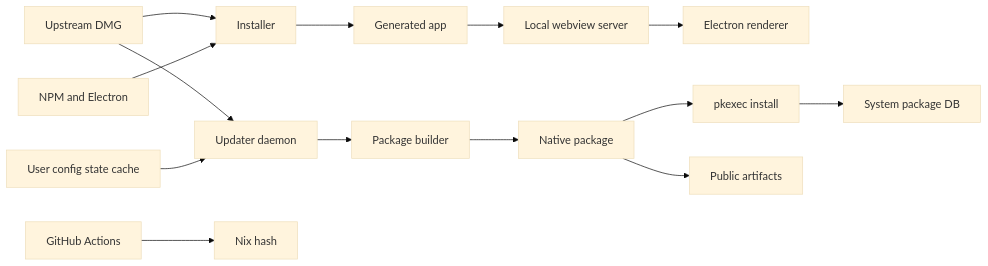
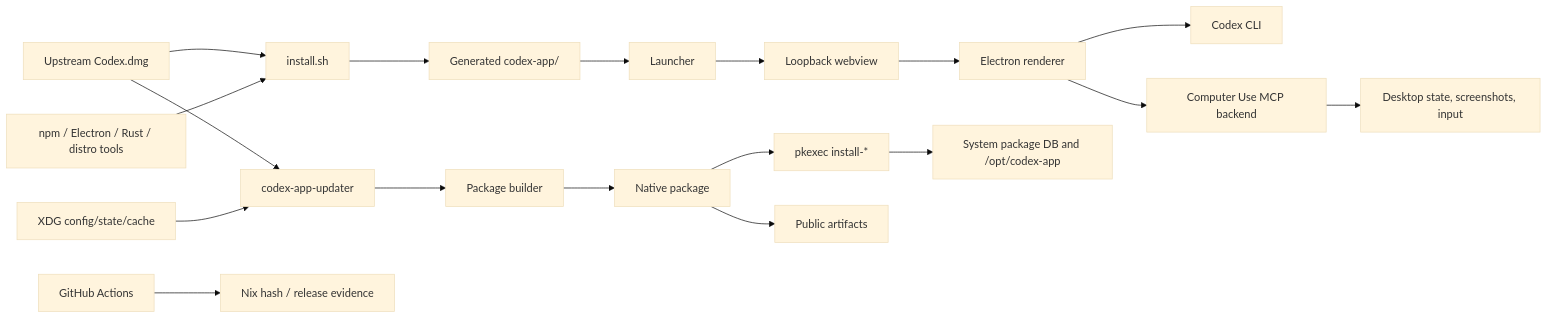
One commit to nisavid/codex-app-linux changed the diagram in docs/maintainers/threat-model.md. Above: the diagram before and after it, drawn with Mermaid (base theme). The commit also changed other lines of this file, not shown here.

````diff
--- a/docs/maintainers/threat-model.md
+++ b/docs/maintainers/threat-model.md
@@ -73,16 +142,20 @@
 ```mermaid
 flowchart LR
-  U["Upstream DMG"] --> I["Installer"]
-  U --> D["Updater daemon"]
-  N["NPM and Electron"] --> I
-  I --> G["Generated app"]
-  G --> W["Local webview server"]
+  D["Upstream Codex.dmg"] --> I["install.sh"]
+  D --> U["codex-app-updater"]
+  N["npm / Electron / Rust / distro tools"] --> I
+  I --> G["Generated codex-app/"]
+  G --> L["Launcher"]
+  L --> W["Loopback webview"]
   W --> E["Electron renderer"]
-  D --> B["Package builder"]
+  E --> C["Codex CLI"]
+  E --> M["Computer Use MCP backend"]
+  M --> H["Desktop state, screenshots, input"]
+  U --> B["Package builder"]
   B --> P["Native package"]
-  P --> X["pkexec install"]
-  X --> S["System package DB"]
-  C["User config state cache"] --> D
-  A["GitHub Actions"] --> F["Nix hash"]
-  P --> R["Public artifacts"]
+  P --> X["pkexec install-*"]
+  X --> S["System package DB and /opt/codex-app"]
+  R["XDG config/state/cache"] --> U
+  A["GitHub Actions"] --> F["Nix hash / release evidence"]
+  P --> O["Public artifacts"]
 ```
````
